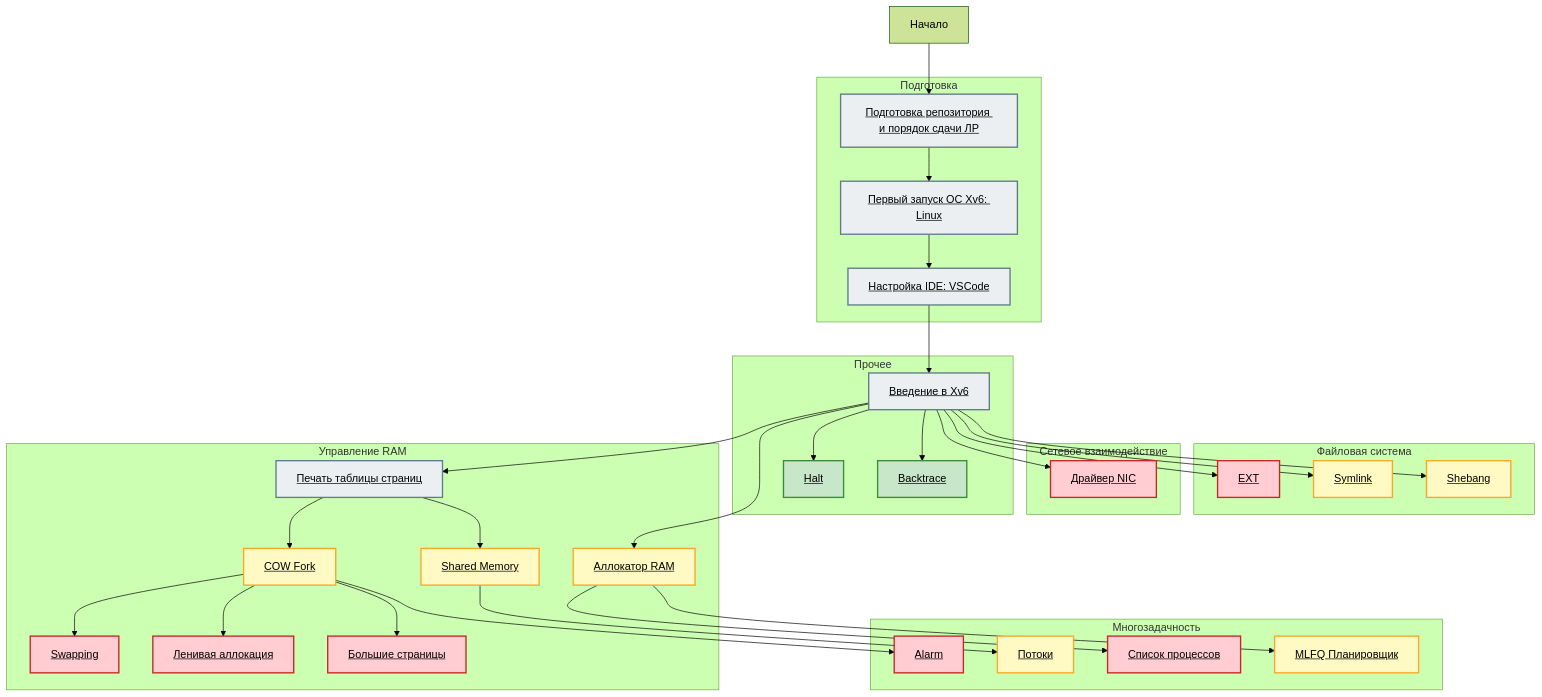
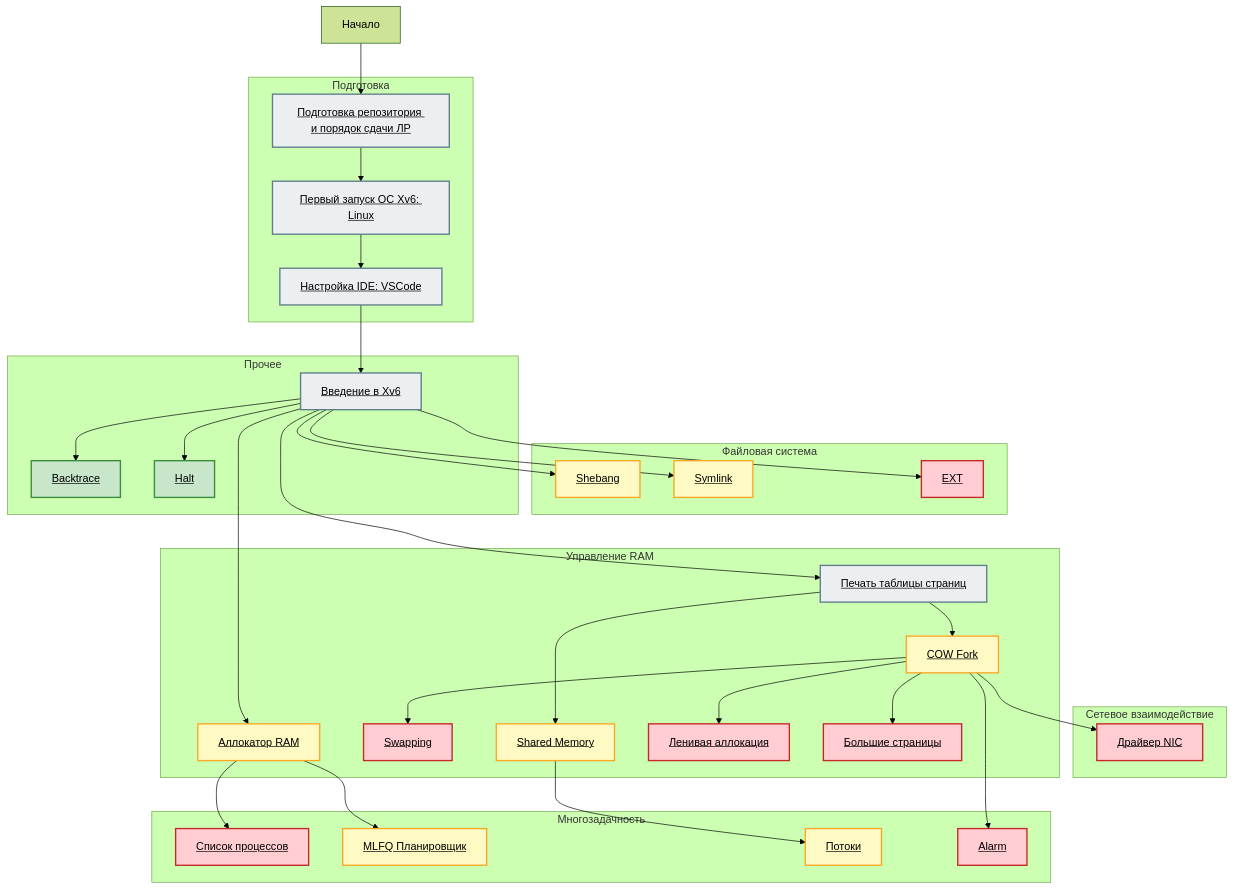
Before and after one commit to secs-dev/xv6-riscv: the diagram in README.md, drawn with Mermaid (forest theme).

````diff
--- a/README.md
+++ b/README.md
@@ -3,12 +3,6 @@
 ```mermaid
 graph TD
     start["Начало"]
-
-    subgraph setup ["Подготовка"]
-        repo["<a href='/doc/setup/repo.md' style='color:black;'>Подготовка репозитория и порядок сдачи ЛР</a>"]
-        setup_linux["<a href='/doc/setup/linux.md' style='color:black;'>Первый запуск ОС Xv6: Linux</a>"]
-        vscode["<a href='/doc/dev/vscode.md' style='color:black;'>Настройка IDE: VSCode</a>"]
-    end
 
     subgraph fs ["Файловая система"]
         shebang["<a href='/doc/lab/shebang.md' style='color:black;'>Shebang</a>"]
@@ -20,6 +14,12 @@
         nic["<a href='/doc/lab/nic.md' style='color:black;'>Драйвер NIC</a>"]
     end
 
+    subgraph setup ["Подготовка"]
+        repo["<a href='/doc/setup/repo.md' style='color:black;'>Подготовка репозитория и порядок сдачи ЛР</a>"]
+        setup_linux["<a href='/doc/setup/linux.md' style='color:black;'>Первый запуск ОС Xv6: Linux</a>"]
+        vscode["<a href='/doc/dev/vscode.md' style='color:black;'>Настройка IDE: VSCode</a>"]
+    end
+
     subgraph misc ["Прочее"]
         intro["<a href='/doc/lab/intro.md' style='color:black;'>Введение в Xv6</a>"]
         backtrace["<a href='/doc/lab/backtrace.md' style='color:black;'>Backtrace</a>"]
@@ -27,8 +27,8 @@
     end
 
     subgraph mp ["Многозадачность"]
+        allocproc["<a href='/doc/lab/allocproc.md' style='color:black;'>Список процессов</a>"]
         mlfq["<a href='/doc/lab/mlfq.md' style='color:black;'>MLFQ Планировщик</a>"]
-        allocproc["<a href='/doc/lab/allocproc.md' style='color:black;'>Список процессов</a>"]
         thread["<a href='/doc/lab/thread.md' style='color:black;'>Потоки</a>"]
         alarm["<a href='/doc/lab/alarm.md' style='color:black;'>Alarm</a>"]
     end
@@ -47,11 +47,11 @@
     repo --> setup_linux
     setup_linux --> vscode
 
+    cow --> nic
+
     intro --> shebang
     intro --> symlink
     intro --> ext
-
-    intro --> nic
 
     vscode --> intro
     intro --> backtrace
@@ -69,6 +69,15 @@
     cow --> hugepage
     cow --> lazyalloc
     cow --> swap
+
+    %% invisible edges to force layout: FS above RAM, NIC left of RAM, mp below RAM
+    ext ~~~ filealloc
+    ext ~~~ pteprint
+    nic ~~~ cow
+    swap ~~~ mlfq
+    swap ~~~ allocproc
+    hugepage ~~~ thread
+    hugepage ~~~ alarm
 
     classDef free fill:#eceff1,stroke:#607d8b,stroke-width:2px,color:#37474f
     classDef easy fill:#c8e6c9,stroke:#388e3c,stroke-width:2px,color:#1b5e20
````
